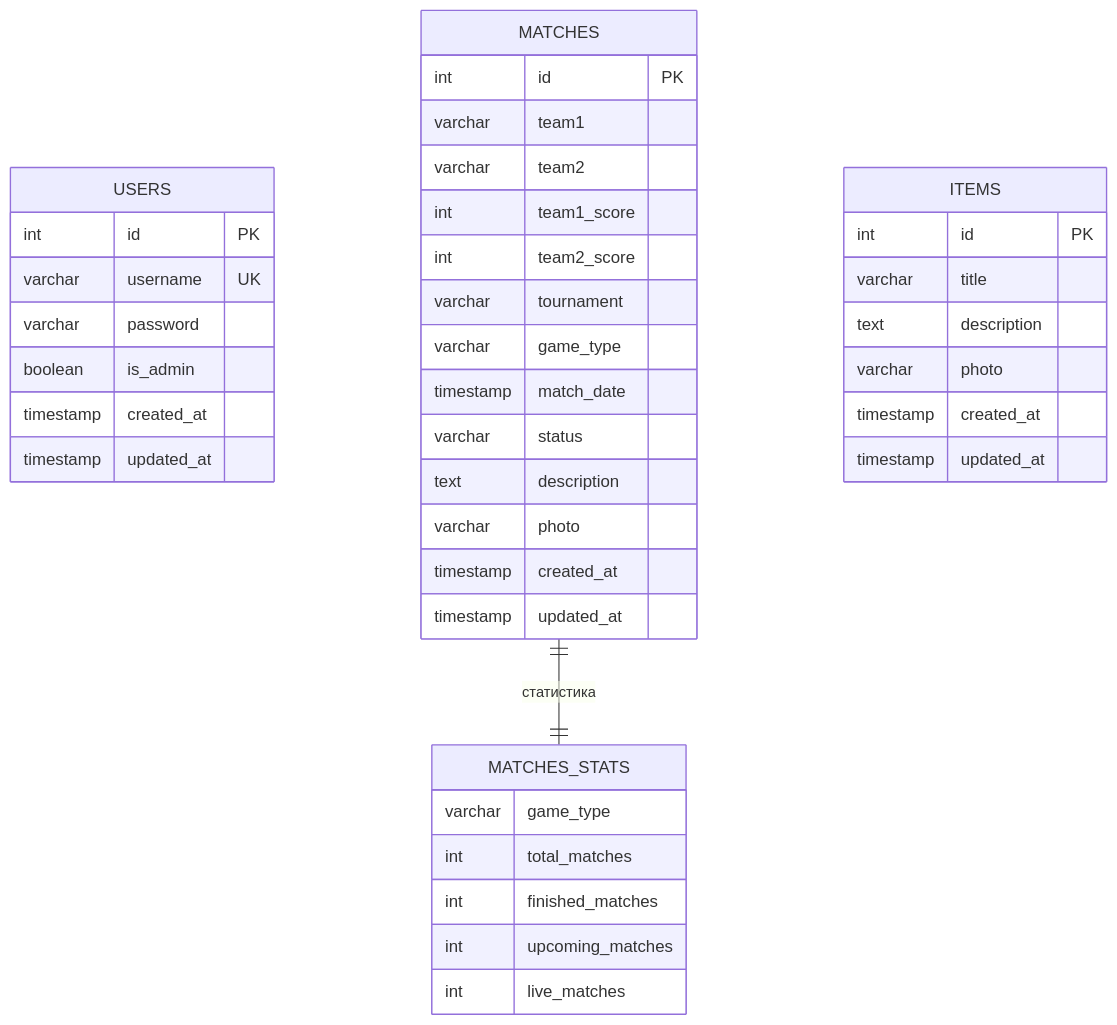
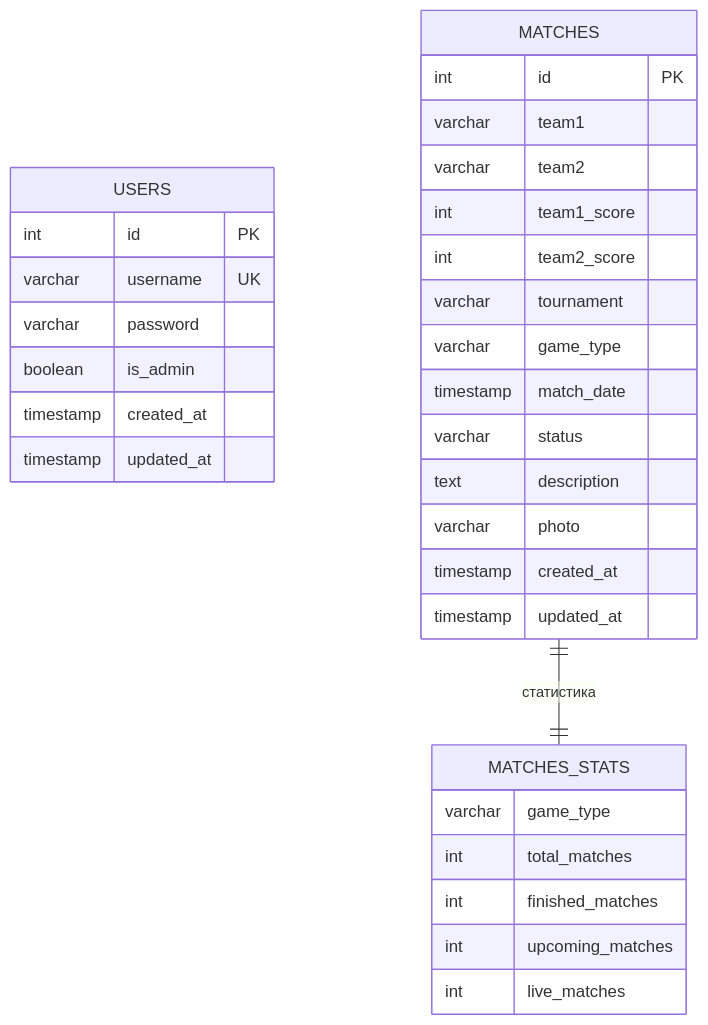
The diagram in database_er_diagram.md (qirieshkaclwn/webkr), drawn with Mermaid before and after one commit. The commit also changed other lines of this file and 6 other files, not shown here.

````diff
--- a/database_er_diagram.md
+++ b/database_er_diagram.md
@@ -8,51 +8,43 @@
 ```mermaid
 erDiagram
     USERS {
         int id PK
         varchar username UK
         varchar password
         boolean is_admin
         timestamp created_at
         timestamp updated_at
     }
     
     MATCHES {
         int id PK
         varchar team1
         varchar team2
         int team1_score
         int team2_score
         varchar tournament
         varchar game_type
         timestamp match_date
         varchar status
         text description
         varchar photo
         timestamp created_at
         timestamp updated_at
     }
     
-    ITEMS {
-        int id PK
-        varchar title
-        text description
-        varchar photo
-        timestamp created_at
-        timestamp updated_at
-    }
-    
+
     MATCHES_STATS {
         varchar game_type
         int total_matches
         int finished_matches
         int upcoming_matches
         int live_matches
     }
     
     %% Связи (если бы были внешние ключи)
     %% USERS ||--o{ MATCHES : "создает"
-    %% USERS ||--o{ ITEMS : "создает"
+
     
     %% Представление статистики
     MATCHES ||--|| MATCHES_STATS : "статистика"
 ```
````
